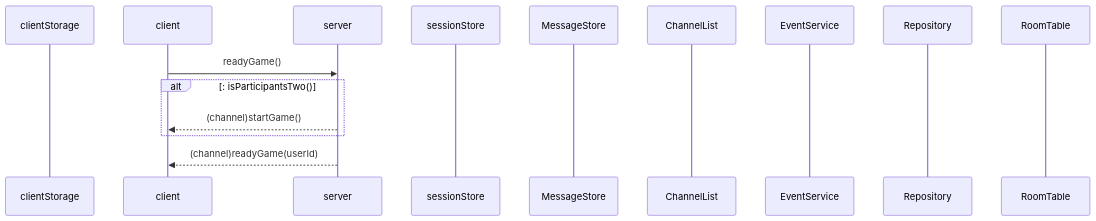
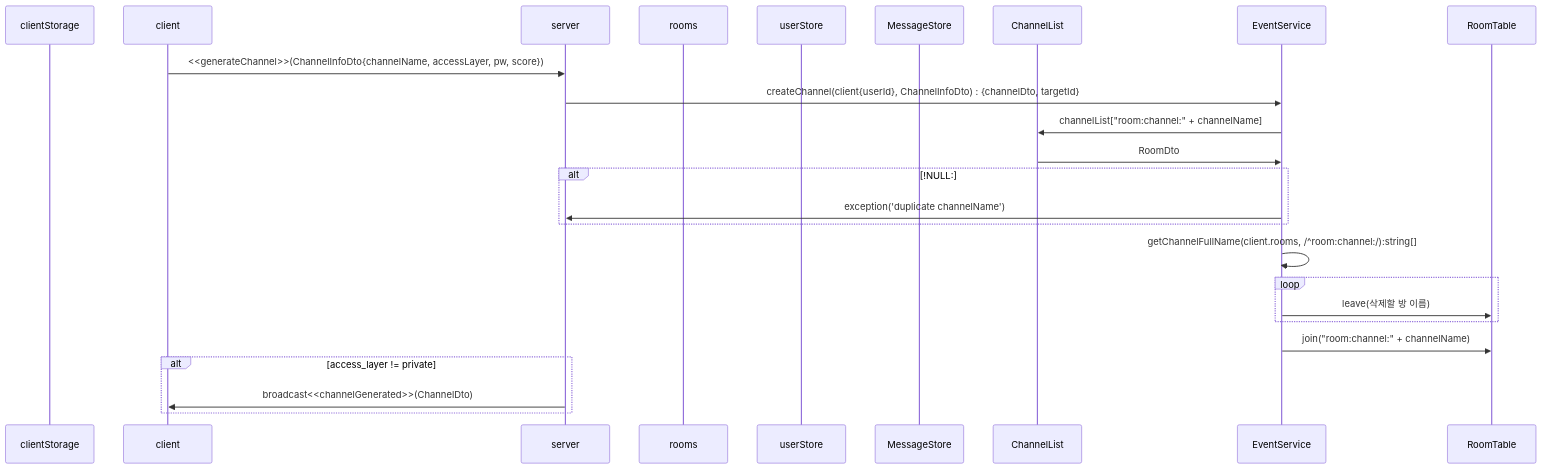
Diagram 17 of 19 in backend/node/app/event.md (mtak0235/simmons_transcendence), drawn with Mermaid before and after one commit. The commit also changed other lines of this file, not shown here.

````diff
--- a/backend/node/app/event.md
+++ b/backend/node/app/event.md
@@ -414,18 +485,28 @@
 ```mermaid
 sequenceDiagram
 participant cls as clientStorage
 participant c as client
 participant ga as server
-participant ss as sessionStore
+participant r as rooms
+participant ss as userStore
 participant ms as MessageStore
 participant cns as ChannelList
 participant cs as EventService
-participant r as Repository
 participant rt as RoomTable
 
-c->>ga: readyGame()
-alt: isParticipantsTwo()
-ga-->>c: (channel)startGame()#toDo:나중에 game 디테일
+c->>ga: <<generateChannel>>(ChannelInfoDto{channelName, accessLayer, pw, score})
+ga->>cs: createChannel(client{userId}, ChannelInfoDto) : {channelDto, targetId}
+cs->>cns: channelList["room:channel:" + channelName]
+cns->>cs: RoomDto
+alt !NULL:
+cs->> ga: exception('duplicate channelName');
 end
-ga-->>c: (channel)readyGame(userId)
+cs->>cs: getChannelFullName(client.rooms, /^room:channel:/):string[]
+loop
+cs->>rt: leave(삭제할 방 이름)
+end
+cs->>rt: join("room:channel:" + channelName)
+alt access_layer != private
+ga->>c: broadcast<<channelGenerated>>(ChannelDto)
+end
 ```
````
